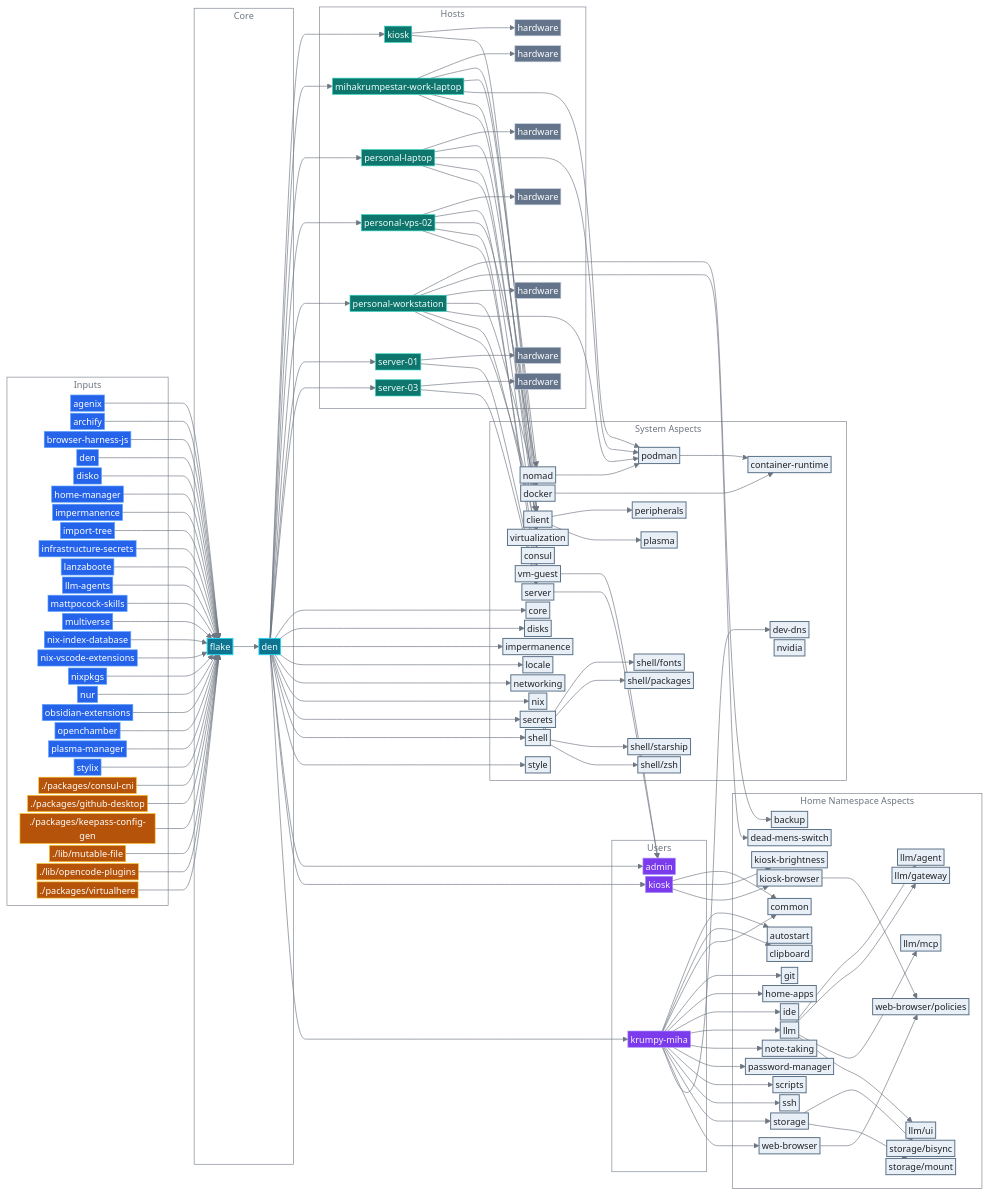
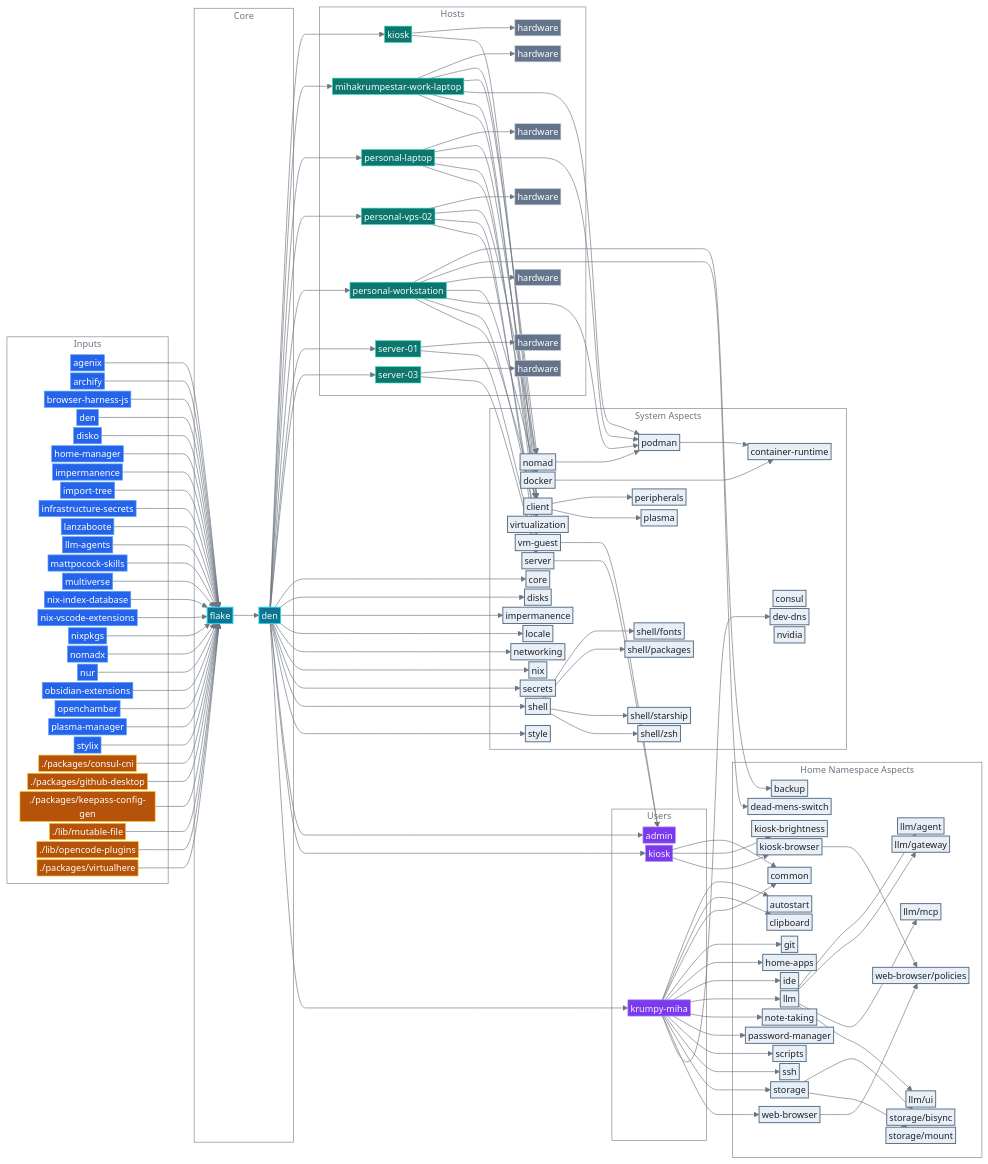
The diagram in README.md (mihakrumpestar/infrastructure), drawn with Mermaid before and after one commit. The commit also changed other lines of this file and 7 other files, not shown here.

```diff
--- a/README.md
+++ b/README.md
@@ -148,6 +148,7 @@
         input_nix_index_database["nix-index-database"]:::input
         input_nix_vscode_extensions["nix-vscode-extensions"]:::input
         input_nixpkgs["nixpkgs"]:::input
+        input_nomadx["nomadx"]:::input
         input_nur["nur"]:::input
         input_obsidian_extensions["obsidian-extensions"]:::input
         input_openchamber["openchamber"]:::input
@@ -288,7 +289,6 @@
     host_personal_laptop --> opt_virtualization
     host_personal_laptop --> type_client
     host_personal_vps_02 --> host_personal_vps_02_hardware
-    host_personal_vps_02 --> opt_consul
     host_personal_vps_02 --> opt_nomad
     host_personal_vps_02 --> type_server
     host_personal_vps_02 --> type_vm_guest
@@ -319,6 +319,7 @@
     input_nix_index_database --> flake
     input_nix_vscode_extensions --> flake
     input_nixpkgs --> flake
+    input_nomadx --> flake
     input_nur --> flake
     input_obsidian_extensions --> flake
     input_openchamber --> flake
```
